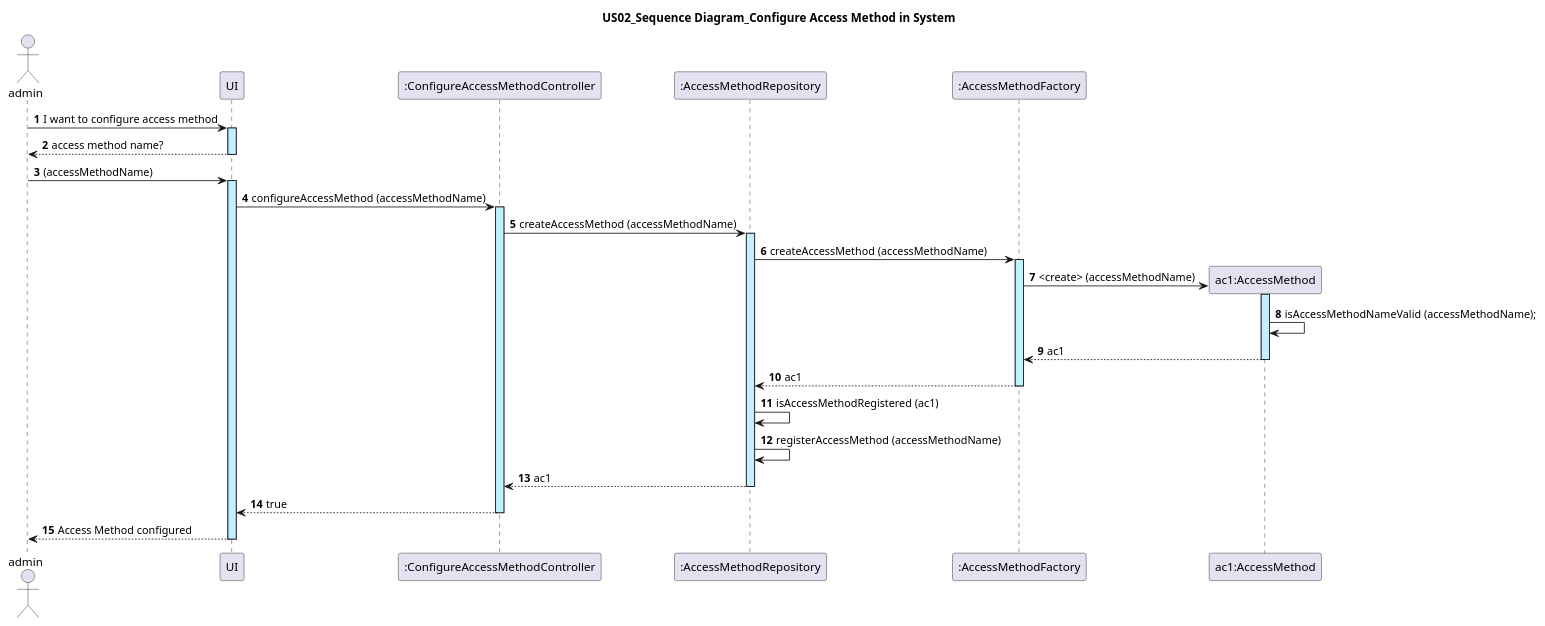
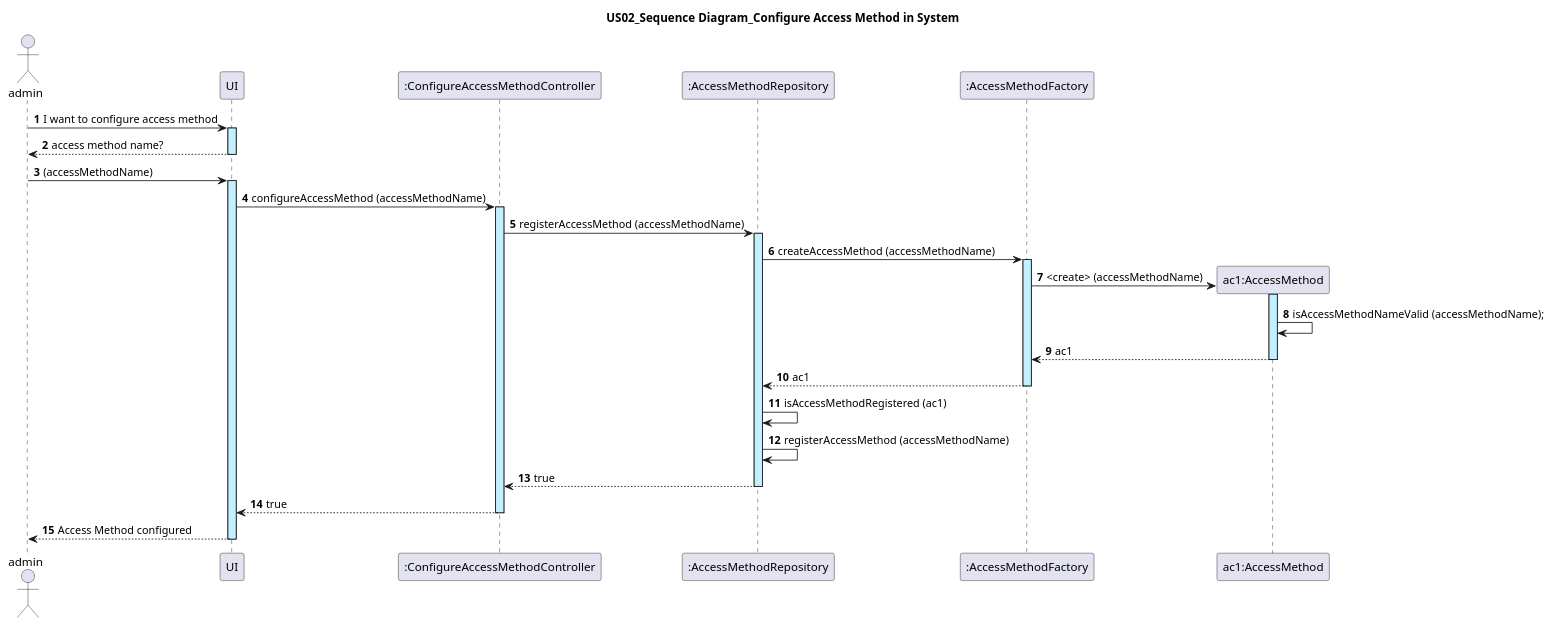
Before and after one commit to GasparISEP/DevOps-PAI: the diagram in docs/US02/US02_ConfigureAccessMethod_SequenceDiagram.puml, drawn with PlantUML. The commit also changed 1 other file, not shown here.

Commit message:
ci: created US02_ConfigureAccessMethod_ClassDiagram.puml and updated US02_ConfigureAccessMethod_SequenceDiagram.puml

```diff
--- a/docs/US02/US02_ConfigureAccessMethod_SequenceDiagram.puml
+++ b/docs/US02/US02_ConfigureAccessMethod_SequenceDiagram.puml
@@ -1,28 +1,28 @@
 @startuml
 actor admin
 autonumber
 
 title: US02_Sequence Diagram_Configure Access Method in System
 
 admin -> UI ++ #application : I want to configure access method
 UI --> admin -- : access method name?
 admin -> UI ++ #application :(accessMethodName)
 UI -> ":ConfigureAccessMethodController" as ConfigureAccessMethodController ++ #application : configureAccessMethod (accessMethodName)
 
-ConfigureAccessMethodController -> ":AccessMethodRepository" as AccessMethodRepository ++ #application : createAccessMethod (accessMethodName)
+ConfigureAccessMethodController -> ":AccessMethodRepository" as AccessMethodRepository ++ #application : registerAccessMethod (accessMethodName)
 AccessMethodRepository -> ":AccessMethodFactory" as AccessMethodFactory ++ #application : createAccessMethod (accessMethodName)
 
 create "ac1:AccessMethod" as AccessMethod
 AccessMethodFactory -> AccessMethod ++ #application  : <create> (accessMethodName)
 AccessMethod -> AccessMethod : isAccessMethodNameValid (accessMethodName);
 
 AccessMethod --> AccessMethodFactory -- : ac1
 AccessMethodFactory --> AccessMethodRepository -- : ac1
 AccessMethodRepository -> AccessMethodRepository : isAccessMethodRegistered (ac1)
 AccessMethodRepository -> AccessMethodRepository : registerAccessMethod (accessMethodName)
 
-AccessMethodRepository --> ConfigureAccessMethodController --: ac1
+AccessMethodRepository --> ConfigureAccessMethodController --: true
 
 ConfigureAccessMethodController --> UI --: true
 UI --> admin --: Access Method configured
 @enduml
```
